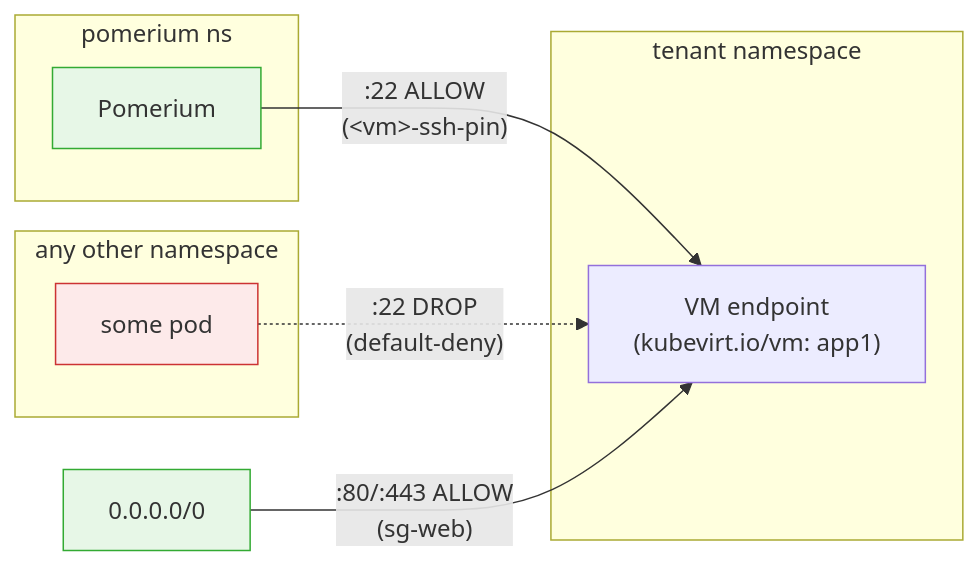
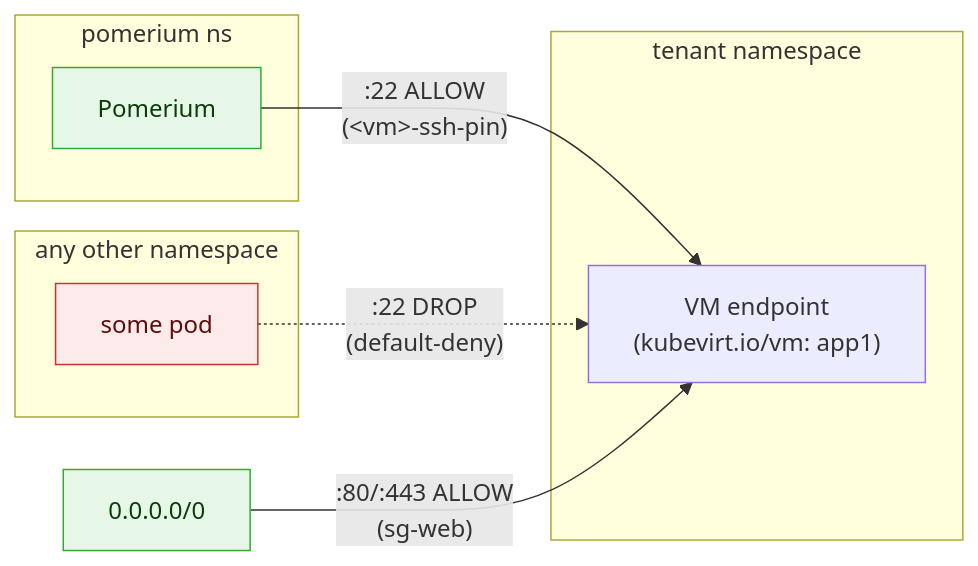
One commit to livenson/talu changed the second of 2 diagrams in docs/architecture/networking.md. Above: the diagram before and after it, drawn with Mermaid. The commit also changed other lines of this file and 2 other files, not shown here.

Commit message:
docs: make mermaid diagrams dark-mode readable
Custom classDef nodes had light fills but inherited theme text (light-on-light in
dark mode); pinned dark text on them (color:#111827 / #0b3d0b / #5c0d0d) so light-
filled boxes read on both themes. Dropped the rect rgb() color bands in the flows
integration diagram (light bands washed out message text in dark mode) — the
per-verb Notes still label the four steps.

````diff
--- a/docs/architecture/networking.md
+++ b/docs/architecture/networking.md
@@ -80,21 +80,21 @@
 ```mermaid
 graph LR
     subgraph POM["pomerium ns"]
         P["Pomerium"]
     end
     subgraph OTHER["any other namespace"]
         X["some pod"]
     end
     subgraph TEN["tenant namespace"]
         VMEP["VM endpoint<br/>(kubevirt.io/vm: app1)"]
     end
 
     P -->|":22 ALLOW<br/>(&lt;vm&gt;-ssh-pin)"| VMEP
     X -.->|":22 DROP<br/>(default-deny)"| VMEP
     NET2["0.0.0.0/0"] -->|":80/:443 ALLOW<br/>(sg-web)"| VMEP
 
-    classDef ok fill:#e7f7e7,stroke:#3a3;
-    classDef no fill:#fdeaea,stroke:#c33;
+    classDef ok fill:#e7f7e7,stroke:#3a3,color:#0b3d0b;
+    classDef no fill:#fdeaea,stroke:#c33,color:#5c0d0d;
     class P,NET2 ok;
     class X no;
 ```
````
